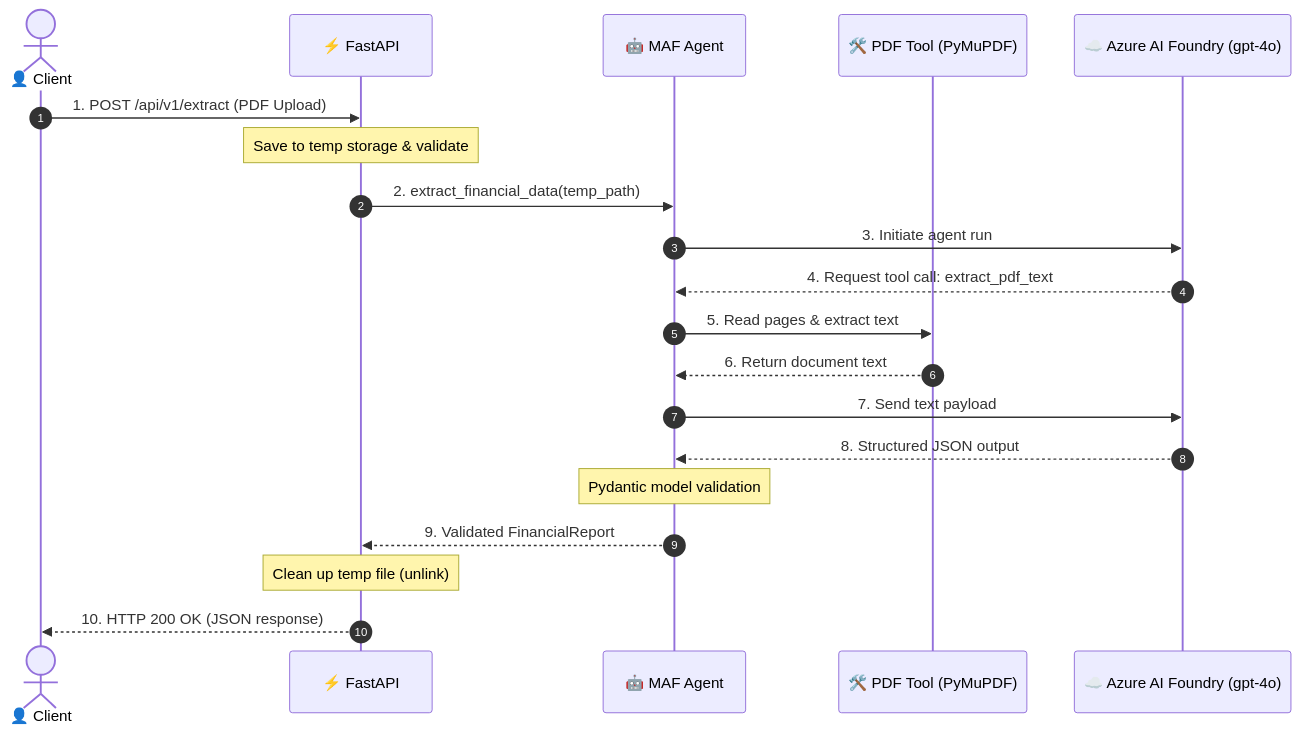
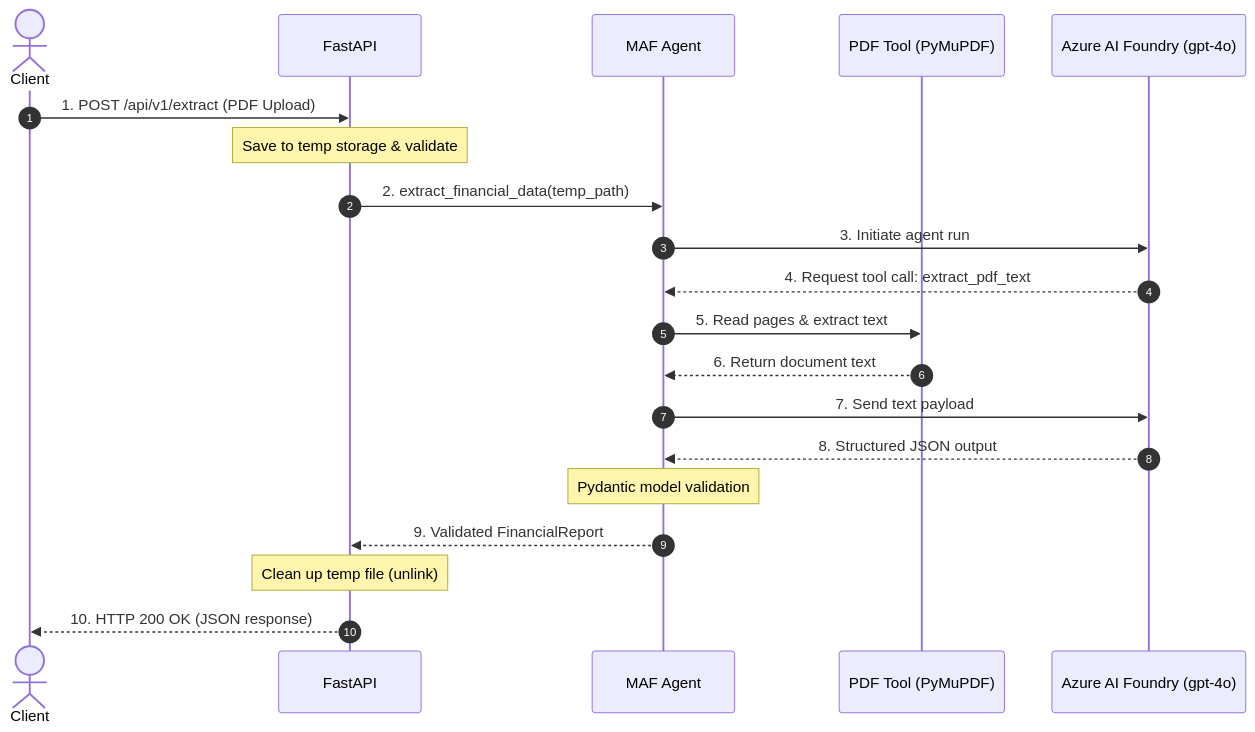
The second of 5 diagrams in docs/ARCHITECTURE.md (crman/fin-extractor-agent), drawn with Mermaid before and after one commit. The commit also changed other lines of this file and 15 other files, not shown here.

````diff
--- a/docs/ARCHITECTURE.md
+++ b/docs/ARCHITECTURE.md
@@ -57,23 +91,23 @@
 ```mermaid
 sequenceDiagram
     autonumber
-    actor Client as 👤 Client
-    participant API as ⚡ FastAPI
-    participant Agent as 🤖 MAF Agent
-    participant Tool as 🛠️ PDF Tool (PyMuPDF)
-    participant Foundry as ☁️ Azure AI Foundry (gpt-4o)
+    actor Client as Client
+    participant API as FastAPI
+    participant Agent as MAF Agent
+    participant Tool as PDF Tool (PyMuPDF)
+    participant Foundry as Azure AI Foundry (gpt-4o)
 
     Client->>API: 1. POST /api/v1/extract (PDF Upload)
     Note over API: Save to temp storage & validate
     API->>Agent: 2. extract_financial_data(temp_path)
     Agent->>Foundry: 3. Initiate agent run
     Foundry-->>Agent: 4. Request tool call: extract_pdf_text
     Agent->>Tool: 5. Read pages & extract text
     Tool-->>Agent: 6. Return document text
     Agent->>Foundry: 7. Send text payload
     Foundry-->>Agent: 8. Structured JSON output
     Note over Agent: Pydantic model validation
     Agent-->>API: 9. Validated FinancialReport
     Note over API: Clean up temp file (unlink)
     API-->>Client: 10. HTTP 200 OK (JSON response)
 ```
````
